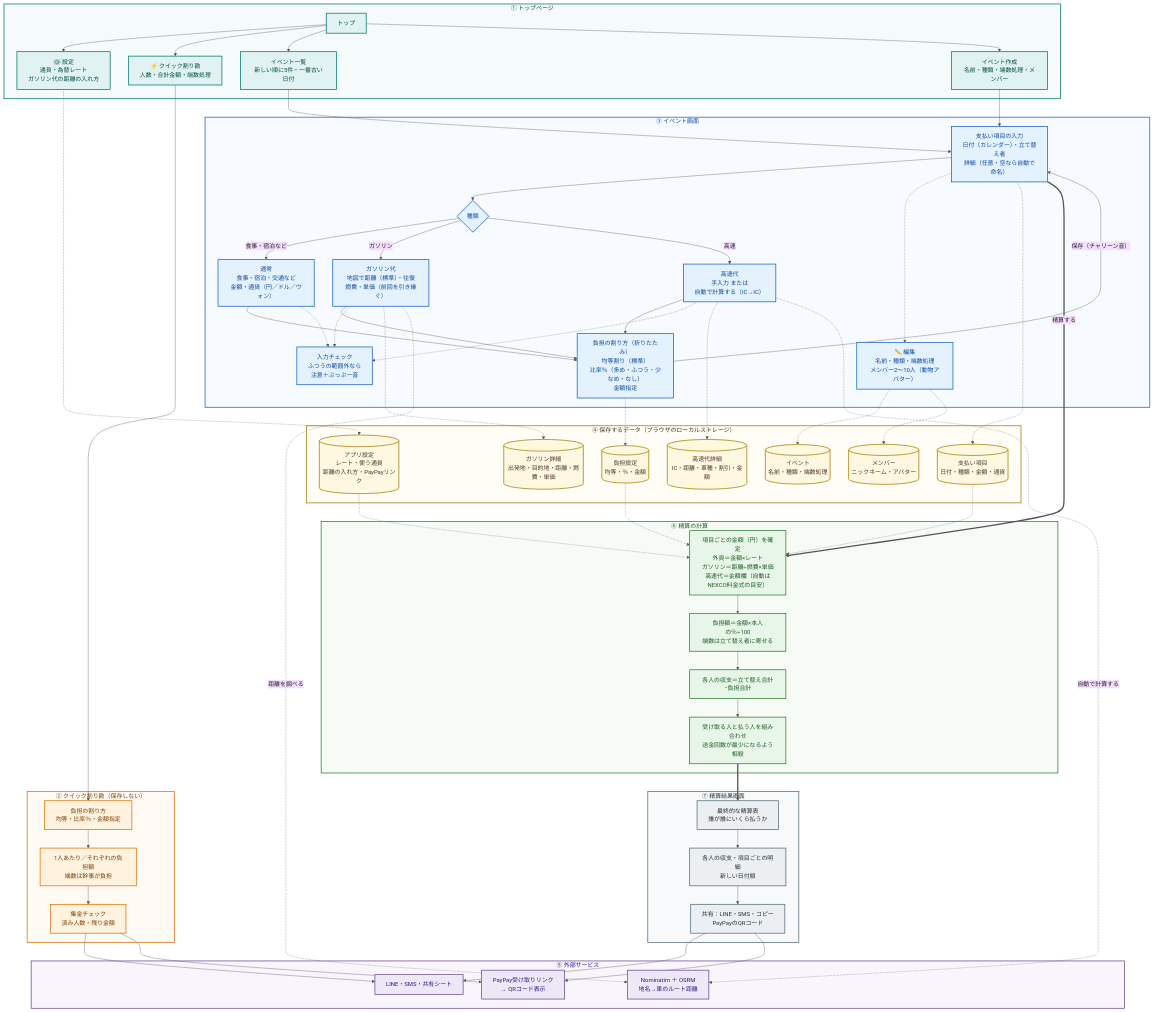
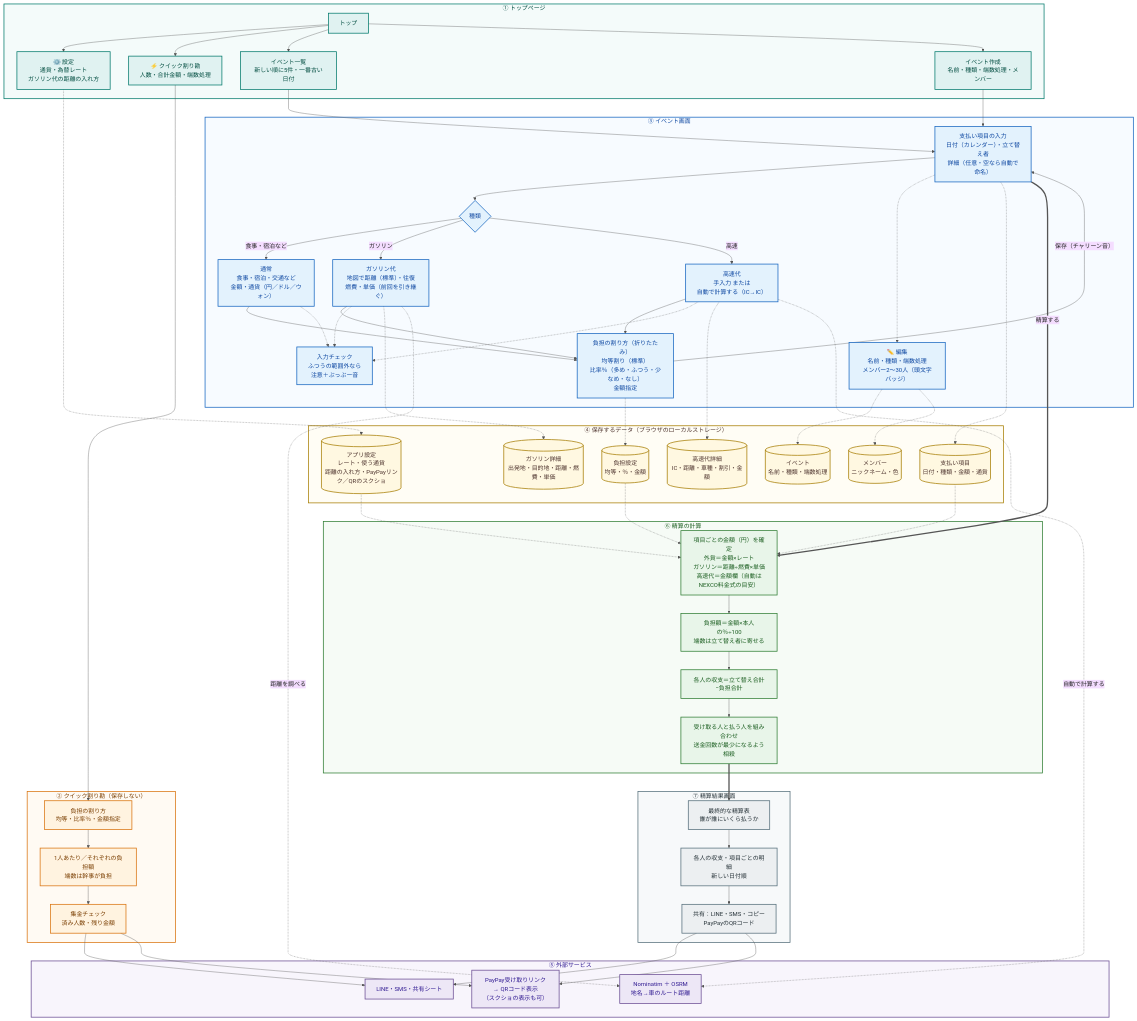
Before and after one commit to shiomiawa/warikan-app: the diagram in docs/warikan_design_overview.md, drawn with Mermaid. The commit also changed 15 other files, not shown here.

First line of the commit message:
種類の見直し・メンバー30人・頭文字バッジ・PayPay の QR スクショ表示

```diff
--- a/docs/warikan_design_overview.md
+++ b/docs/warikan_design_overview.md
@@ -23,7 +23,7 @@
     end
 
     subgraph UI["③ イベント画面"]
-        E0["✏️ 編集<br/>名前・種類・端数処理<br/>メンバー2〜10人（動物アバター）"]
+        E0["✏️ 編集<br/>名前・種類・端数処理<br/>メンバー2〜30人（頭文字バッジ）"]
         E1["支払い項目の入力<br/>日付（カレンダー）・立て替え者<br/>詳細（任意・空なら自動で命名）"]
         C{"種類"}
         F["通常<br/>食事・宿泊・交通など<br/>金額・通貨（円／ドル／ウォン）"]
@@ -46,18 +46,18 @@
 
     subgraph DATA["④ 保存するデータ（ブラウザのローカルストレージ）"]
         D1[("イベント<br/>名前・種類・端数処理")]
-        D2[("メンバー<br/>ニックネーム・アバター")]
+        D2[("メンバー<br/>ニックネーム・色")]
         D3[("支払い項目<br/>日付・種類・金額・通貨")]
         D4[("負担設定<br/>均等・％・金額")]
         D5[("ガソリン詳細<br/>出発地・目的地・距離・燃費・単価")]
         D6[("高速代詳細<br/>IC・距離・車種・割引・金額")]
-        D7[("アプリ設定<br/>レート・使う通貨<br/>距離の入れ方・PayPayリンク")]
+        D7[("アプリ設定<br/>レート・使う通貨<br/>距離の入れ方・PayPayリンク／QRのスクショ")]
     end
 
     subgraph EXT["⑤ 外部サービス"]
         X1["Nominatim ＋ OSRM<br/>地名→車のルート距離"]
         X2["LINE・SMS・共有シート"]
-        X3["PayPay受け取りリンク<br/>→ QRコード表示"]
+        X3["PayPay受け取りリンク<br/>→ QRコード表示<br/>（スクショの表示も可）"]
     end
 
     subgraph CALC["⑥ 精算の計算"]
```
